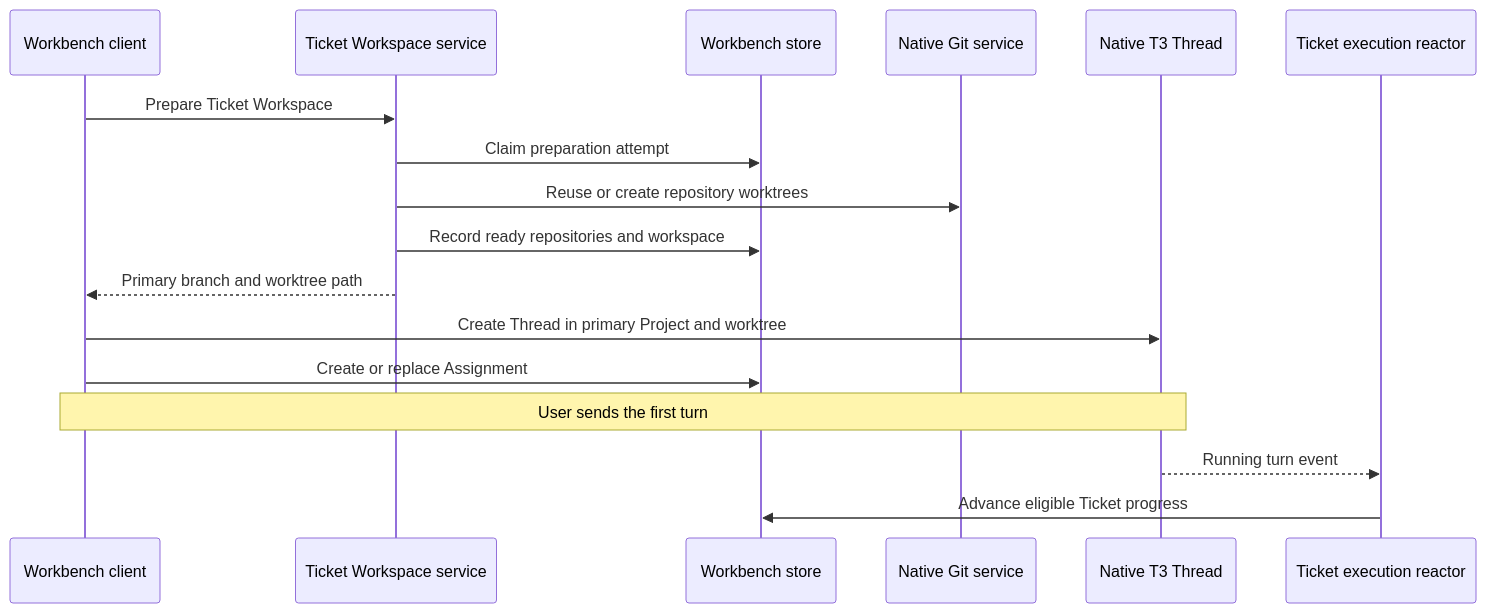
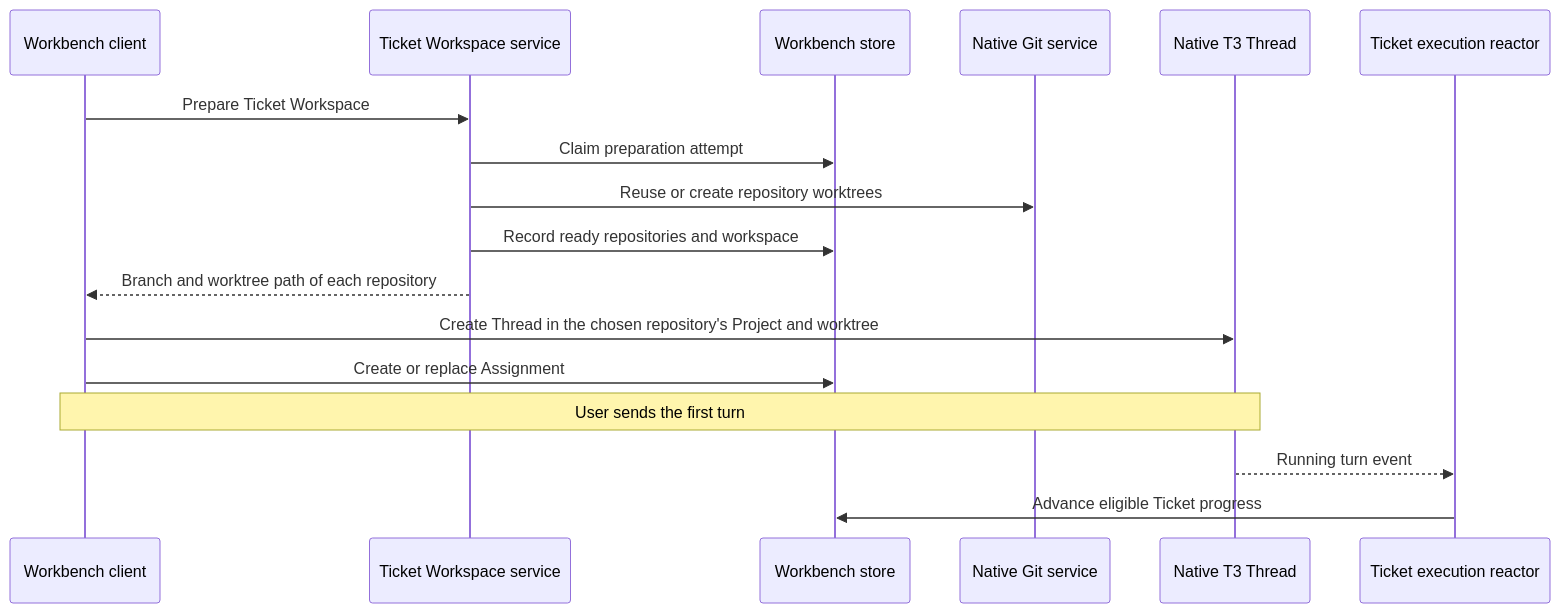
The diagram in docs/internals/workbench-ticket-lifecycle.md (filipgutica/t3code), drawn with Mermaid before and after one commit. The commit also changed other lines of this file and 2 other files, not shown here.

First line of the commit message:
docs(workbench): describe Threads that each work in one Ticket repository

````diff
--- a/docs/internals/workbench-ticket-lifecycle.md
+++ b/docs/internals/workbench-ticket-lifecycle.md
@@ -7,19 +7,19 @@
 ```mermaid
 sequenceDiagram
     participant Client as Workbench client
     participant Workspace as Ticket Workspace service
     participant Store as Workbench store
     participant Git as Native Git service
     participant T3 as Native T3 Thread
     participant Execution as Ticket execution reactor
     Client->>Workspace: Prepare Ticket Workspace
     Workspace->>Store: Claim preparation attempt
     Workspace->>Git: Reuse or create repository worktrees
     Workspace->>Store: Record ready repositories and workspace
-    Workspace-->>Client: Primary branch and worktree path
-    Client->>T3: Create Thread in primary Project and worktree
+    Workspace-->>Client: Branch and worktree path of each repository
+    Client->>T3: Create Thread in the chosen repository's Project and worktree
     Client->>Store: Create or replace Assignment
     Note over Client,T3: User sends the first turn
     T3-->>Execution: Running turn event
     Execution->>Store: Advance eligible Ticket progress
 ```
````
